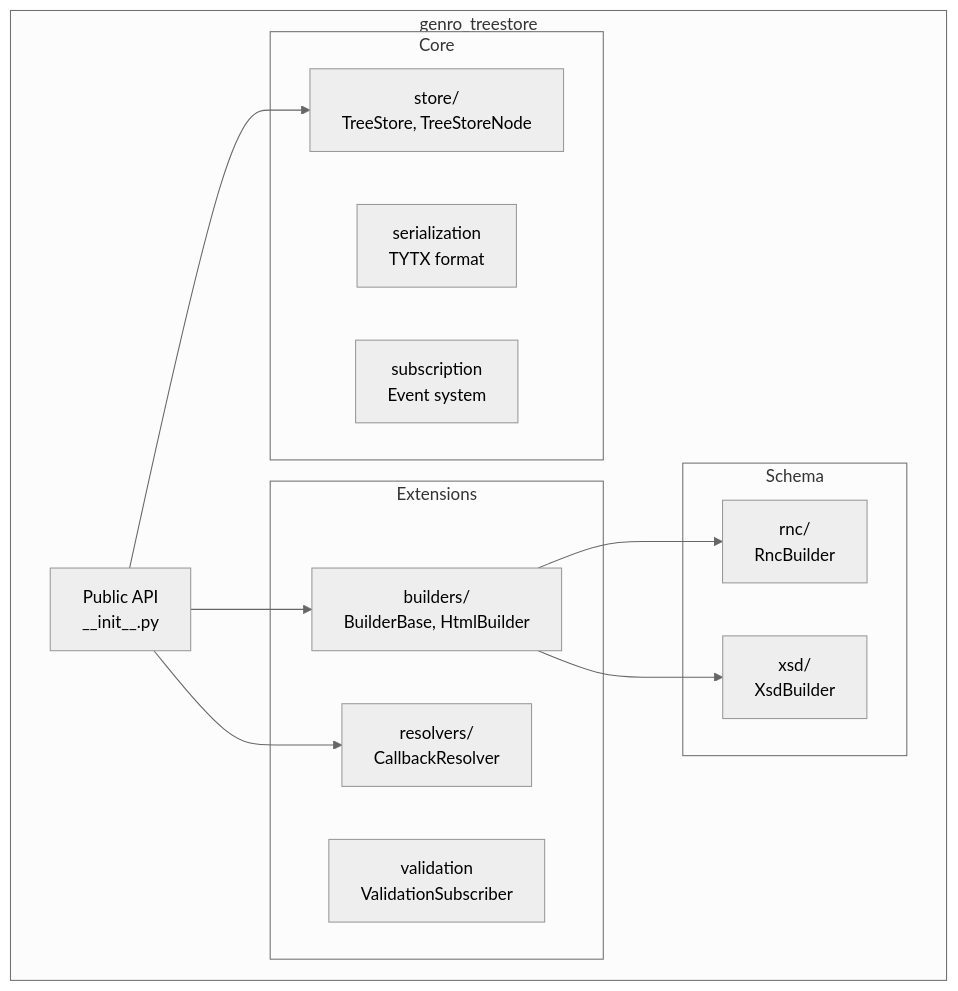
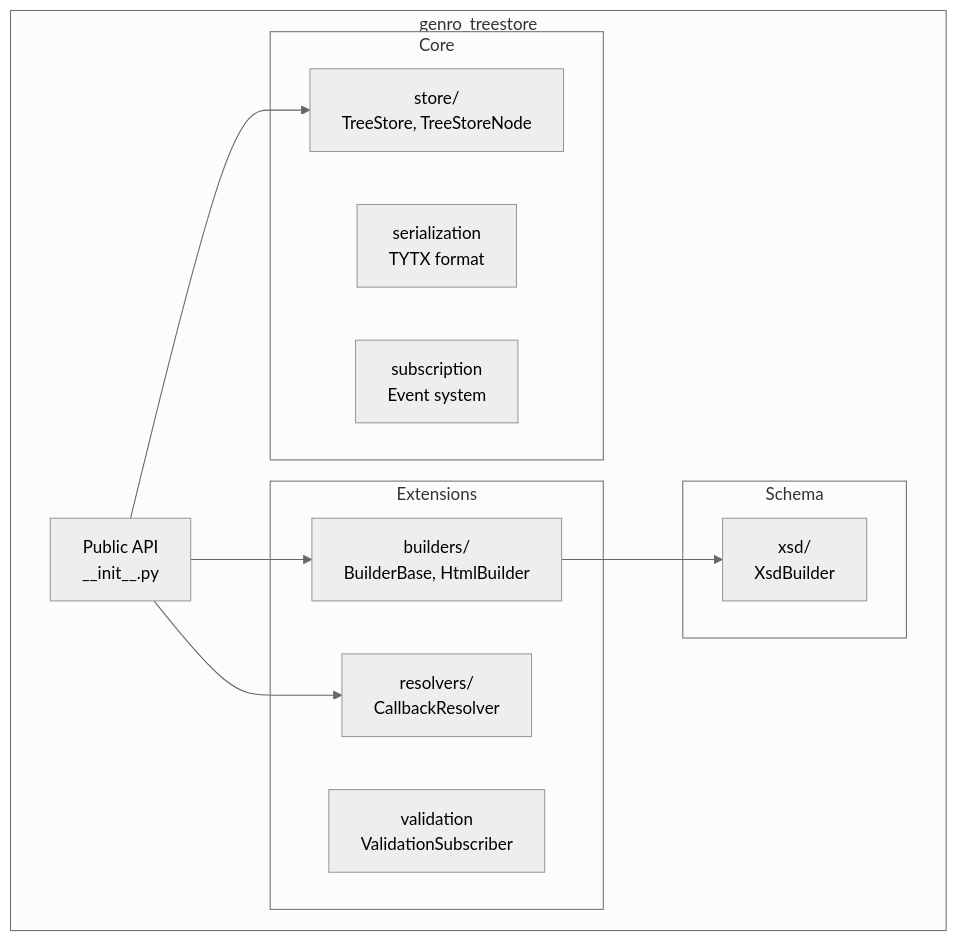
Before and after one commit to genropy/genro-treestore: the first of 2 diagrams in docs/api/index.md, drawn with Mermaid (neutral theme). The commit also changed other lines of this file and 17 other files, not shown here.

First line of the commit message:
refactor: replace RNC parser with pre-compiled MessagePack schema

````diff
--- a/docs/api/index.md
+++ b/docs/api/index.md
@@ -16,29 +16,27 @@
 ```{mermaid}
 graph TB
     subgraph "genro_treestore"
         INIT[Public API<br/>__init__.py]
 
         subgraph "Core"
             STORE[store/<br/>TreeStore, TreeStoreNode]
             SER[serialization<br/>TYTX format]
             SUB[subscription<br/>Event system]
         end
 
         subgraph "Extensions"
             BUILD[builders/<br/>BuilderBase, HtmlBuilder]
             RES[resolvers/<br/>CallbackResolver]
             VAL[validation<br/>ValidationSubscriber]
         end
 
         subgraph "Schema"
-            RNC[rnc/<br/>RncBuilder]
             XSD[xsd/<br/>XsdBuilder]
         end
 
         INIT --> STORE
         INIT --> BUILD
         INIT --> RES
-        BUILD --> RNC
         BUILD --> XSD
     end
 ```
````
